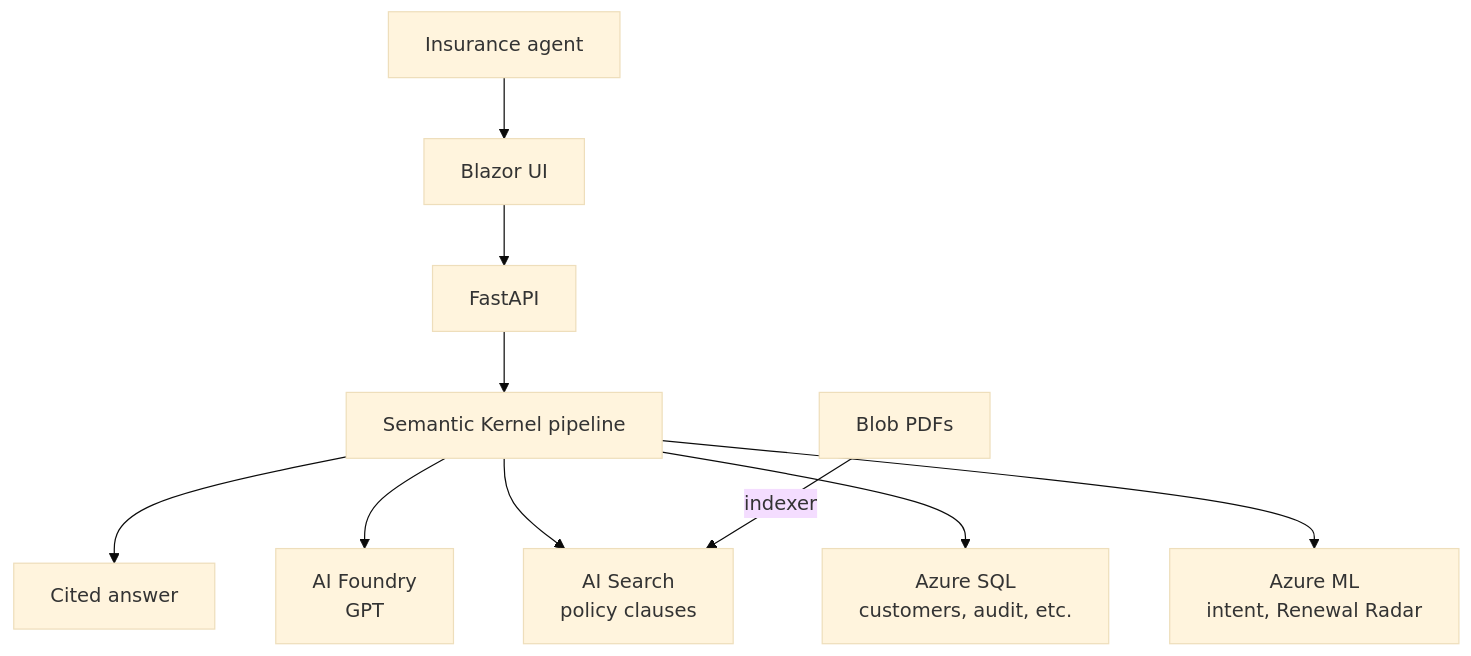
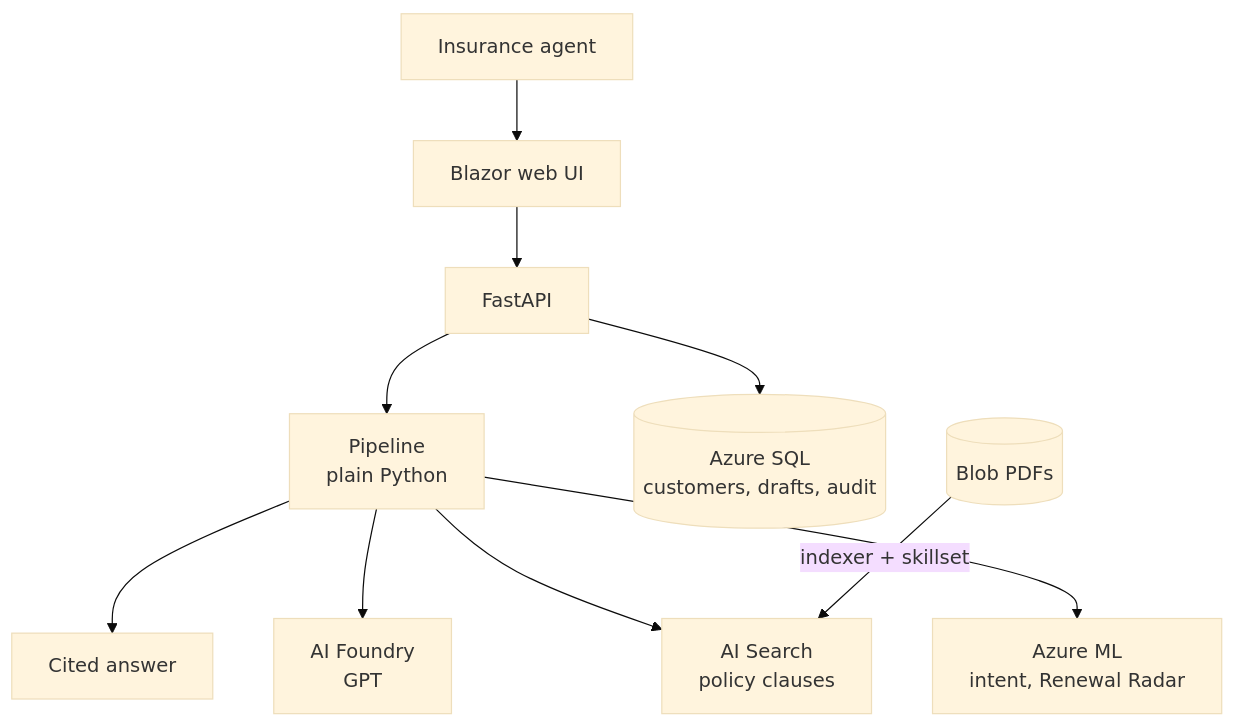
One commit to aryanc381/saathi-from-scratch changed the second of 7 diagrams in README.md. Above: the diagram before and after it, drawn with Mermaid (base theme). The commit also changed other lines of this file, not shown here.

````diff
--- a/README.md
+++ b/README.md
@@ -39,12 +39,12 @@
 ```mermaid
 flowchart TD
-    Agent["Insurance agent"] --> UI["Blazor UI"]
+    Agent["Insurance agent"] --> UI["Blazor web UI"]
     UI --> API["FastAPI"]
-    API --> SK["Semantic Kernel pipeline"]
-    SK --> Answer["Cited answer"]
-    SK --> Foundry["AI Foundry<br/>GPT"]
-    SK --> Search["AI Search<br/>policy clauses"]
-    SK --> SQL["Azure SQL<br/>customers, audit, etc."]
-    SK --> ML["Azure ML<br/>intent, Renewal Radar"]
-    Blob["Blob PDFs"] -->|indexer| Search
+    API --> PL["Pipeline<br/>plain Python"]
+    PL --> Answer["Cited answer"]
+    PL --> Foundry["AI Foundry<br/>GPT"]
+    PL --> Search["AI Search<br/>policy clauses"]
+    API --> SQL[("Azure SQL<br/>customers, drafts, audit")]
+    PL --> ML["Azure ML<br/>intent, Renewal Radar"]
+    Blob[("Blob PDFs")] -->|"indexer + skillset"| Search
 ```
````
